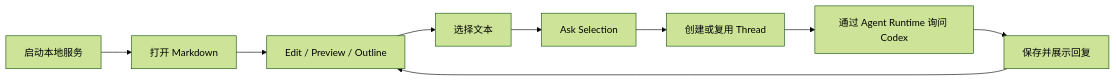
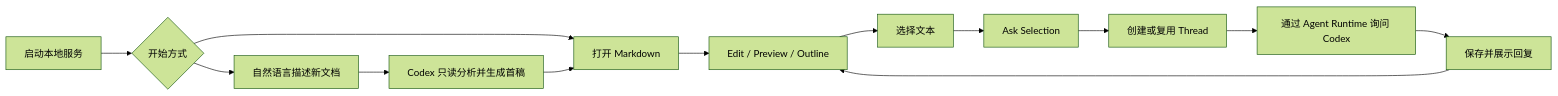
Before and after one commit to GatewayJ/Xuanniao: the first of 2 diagrams in prd.md, drawn with Mermaid (forest theme). The commit also changed other lines of this file and 20 other files, not shown here.

````diff
--- a/prd.md
+++ b/prd.md
@@ -75,11 +76,15 @@
 ```mermaid
 flowchart LR
-  Start[启动本地服务] --> Open[打开 Markdown]
+  Start[启动本地服务] --> Entry{开始方式}
+  Entry --> Open[打开 Markdown]
+  Entry --> Describe[自然语言描述新文档]
+  Describe --> Generate[Codex 只读分析并生成首稿]
+  Generate --> Open
   Open --> Edit[Edit / Preview / Outline]
   Edit --> Select[选择文本]
   Select --> Ask[Ask Selection]
   Ask --> Thread[创建或复用 Thread]
   Thread --> Runtime[通过 Agent Runtime 询问 Codex]
   Runtime --> Reply[保存并展示回复]
   Reply --> Edit
 ```
````
